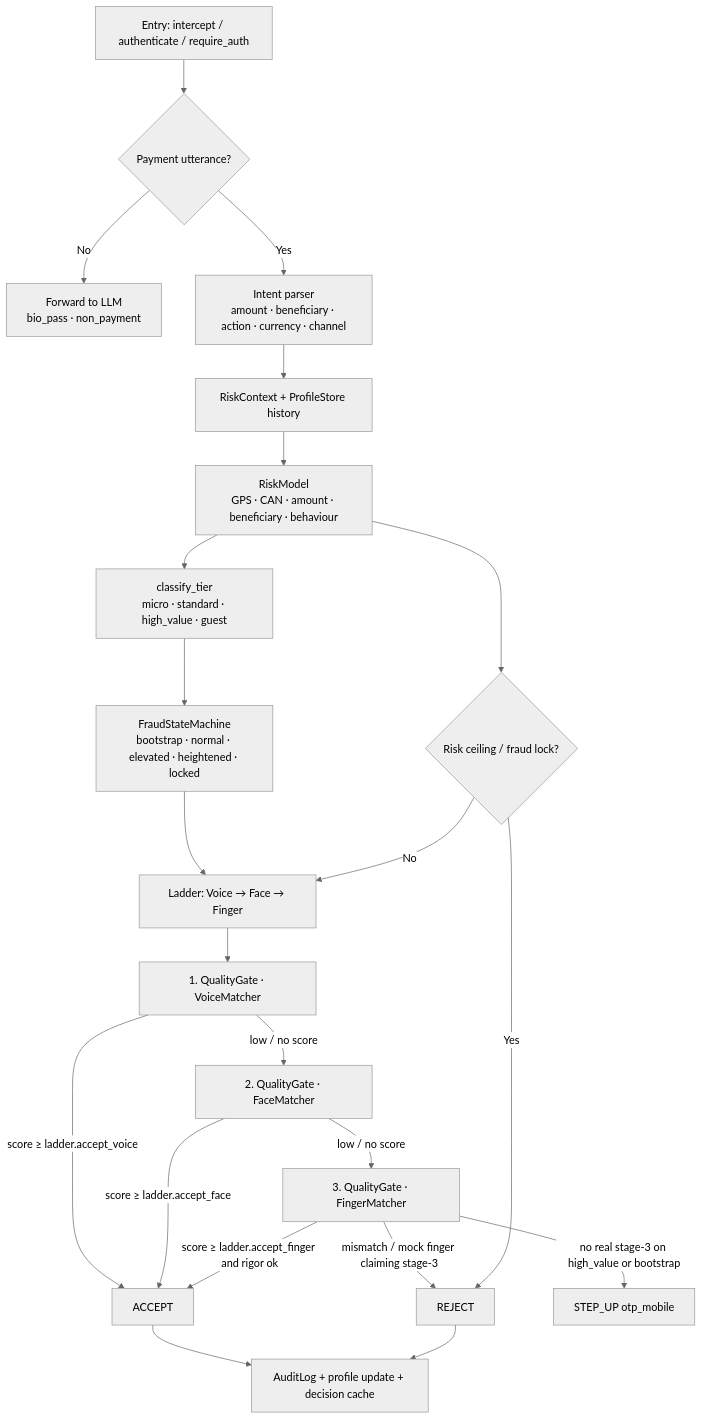
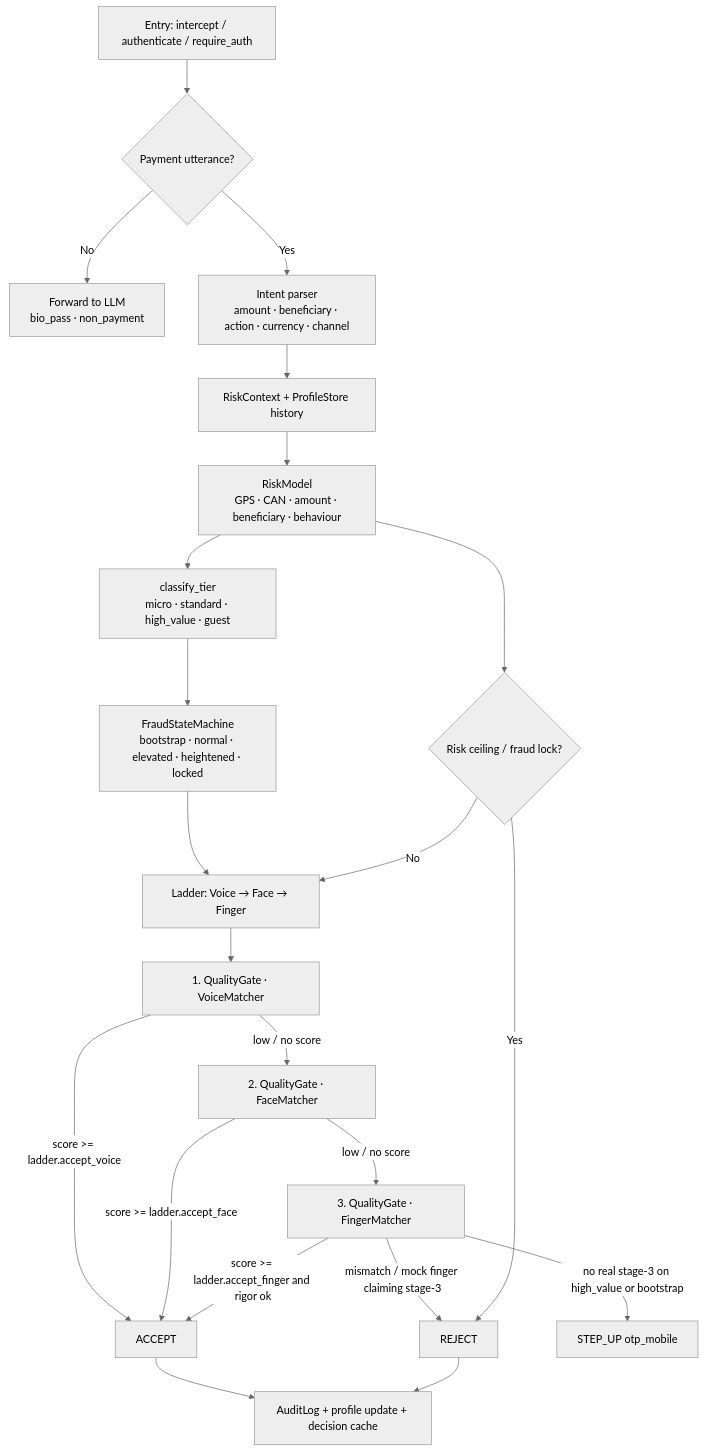
One commit to couder-04/Drive_auth_edge changed the third of 8 diagrams in README.md. Above: the diagram before and after it, drawn with Mermaid (neutral theme). The commit also changed other lines of this file, not shown here.

````diff
--- a/README.md
+++ b/README.md
@@ -142,29 +142,29 @@
 ```mermaid
 flowchart TD
-  IN["Entry: intercept / authenticate / require_auth"] --> PAY{Payment utterance?}
+  IN["Entry: intercept / authenticate / require_auth"] --> PAY{"Payment utterance?"}
 
   PAY -->|No| BYPASS["Forward to LLM\nbio_pass · non_payment"]
   PAY -->|Yes| INTENT["Intent parser\namount · beneficiary · action · currency · channel"]
 
   INTENT --> CTX["RiskContext + ProfileStore history"]
   CTX --> RISK["RiskModel\nGPS · CAN · amount · beneficiary · behaviour"]
   RISK --> TIER["classify_tier\nmicro · standard · high_value · guest"]
   TIER --> FRAUD["FraudStateMachine\nbootstrap · normal · elevated · heightened · locked"]
 
   FRAUD --> ESC["Ladder: Voice → Face → Finger"]
   ESC --> QV["1. QualityGate · VoiceMatcher"]
-  QV -->|score ≥ ladder.accept_voice| ACC[ACCEPT]
-  QV -->|low / no score| QF["2. QualityGate · FaceMatcher"]
-  QF -->|score ≥ ladder.accept_face| ACC
-  QF -->|low / no score| QG["3. QualityGate · FingerMatcher"]
-  QG -->|score ≥ ladder.accept_finger and rigor ok| ACC[ACCEPT]
-  QG -->|mismatch / mock finger claiming stage-3| REJ[REJECT]
-  QG -->|no real stage-3 on high_value or bootstrap| SU[STEP_UP otp_mobile]
+  QV -->|"score >= ladder.accept_voice"| ACC[ACCEPT]
+  QV -->|"low / no score"| QF["2. QualityGate · FaceMatcher"]
+  QF -->|"score >= ladder.accept_face"| ACC
+  QF -->|"low / no score"| QG["3. QualityGate · FingerMatcher"]
+  QG -->|"score >= ladder.accept_finger and rigor ok"| ACC[ACCEPT]
+  QG -->|"mismatch / mock finger claiming stage-3"| REJ[REJECT]
+  QG -->|"no real stage-3 on high_value or bootstrap"| SU["STEP_UP otp_mobile"]
 
-  RISK --> HARD{Risk ceiling / fraud lock?}
+  RISK --> HARD{"Risk ceiling / fraud lock?"}
   HARD -->|Yes| REJ
   HARD -->|No| ESC
 
   ACC --> POST["AuditLog + profile update + decision cache"]
   REJ --> POST
 ```
````
